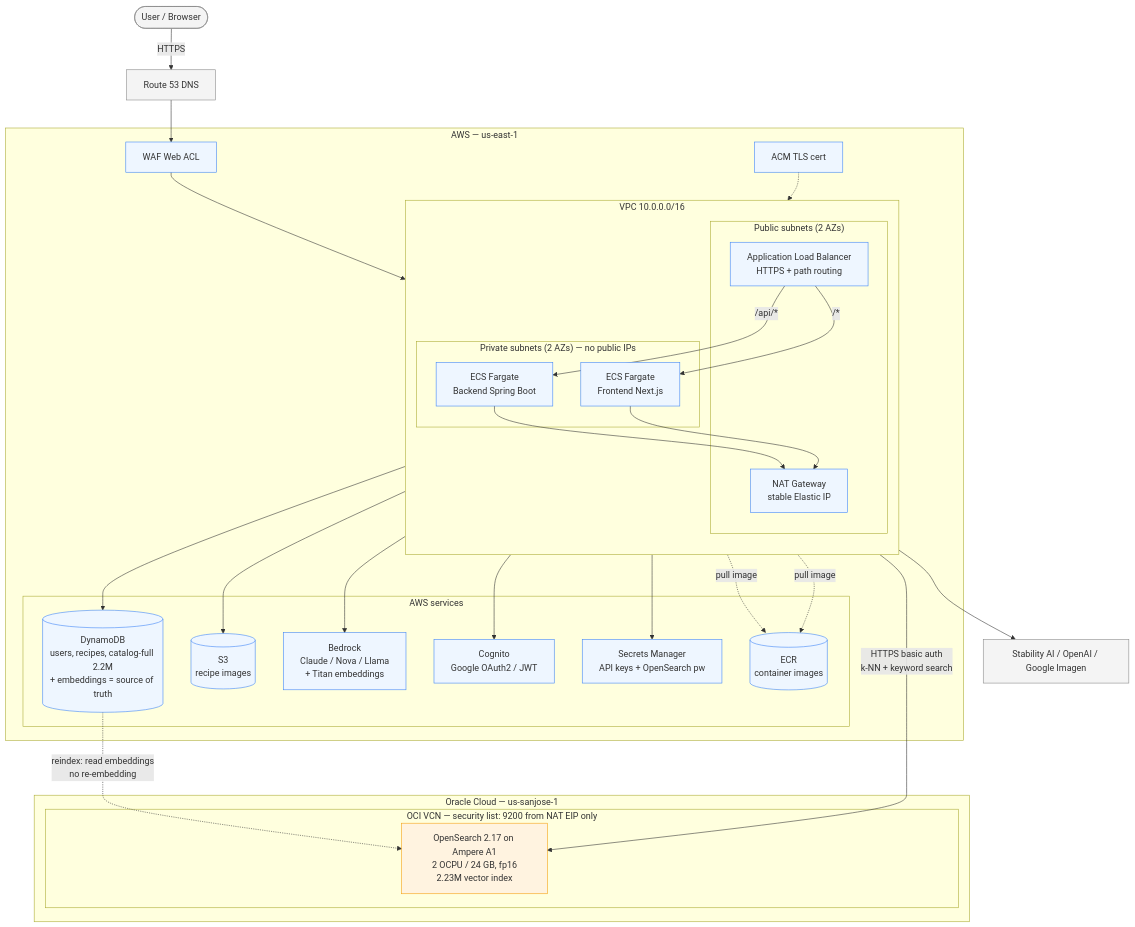
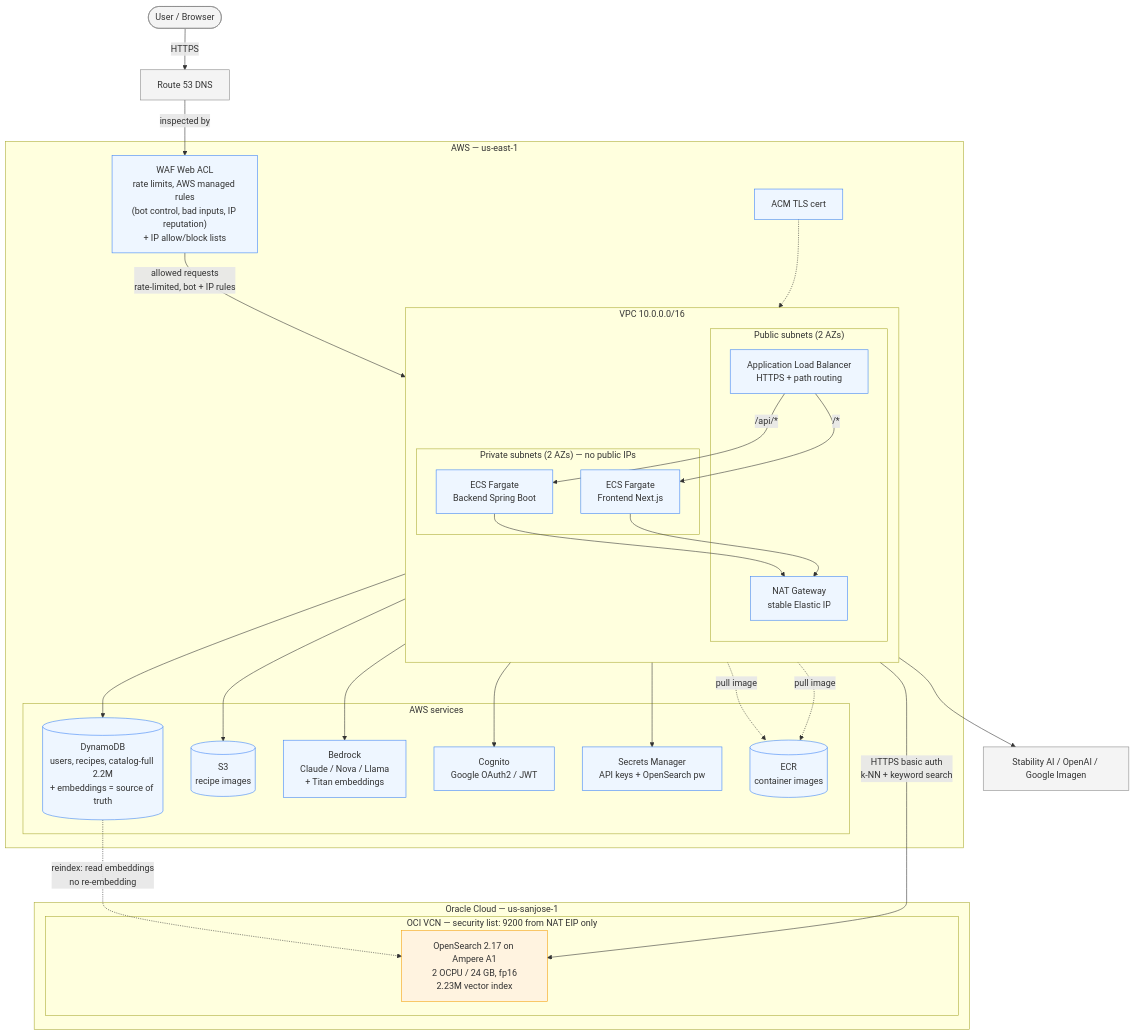
Before and after one commit to guidoasbun/recipe-ai-finder-v2-J: the diagram in README.md, drawn with Mermaid. The commit also changed 2 other files, not shown here.

Commit message:
docs: remove outdated architecture PNG; make WAF explicit in the diagram
- delete images/Deployment-Archetecture.png (superseded by the Mermaid diagram)
- WAF Web ACL node now spells out its role (rate limits, AWS managed rules for
  bot control / bad inputs / IP reputation, IP allow/block lists) and the ingress
  edges show it inspecting every request before the ALB
- architecture.md legend expands the WAF explanation
- diagram re-validated with mermaid-cli

````diff
--- a/README.md
+++ b/README.md
@@ -302,65 +302,67 @@
 ```mermaid
 flowchart TB
     user([User / Browser])
     dns[Route 53 DNS]
 
     subgraph aws["AWS — us-east-1"]
         acm[ACM TLS cert]
-        waf[WAF Web ACL]
+        waf["WAF Web ACL<br/>rate limits, AWS managed rules<br/>(bot control, bad inputs, IP reputation)<br/>+ IP allow/block lists"]
 
         subgraph vpc["VPC 10.0.0.0/16"]
             direction TB
             subgraph public["Public subnets (2 AZs)"]
                 alb[Application Load Balancer<br/>HTTPS + path routing]
                 nat[NAT Gateway<br/>stable Elastic IP]
             end
             subgraph private["Private subnets (2 AZs) — no public IPs"]
                 fe[ECS Fargate<br/>Frontend Next.js]
                 be[ECS Fargate<br/>Backend Spring Boot]
             end
         end
 
         subgraph awssvc["AWS services"]
             ddb[(DynamoDB<br/>users, recipes, catalog-full 2.2M<br/>+ embeddings = source of truth)]
             s3[(S3<br/>recipe images)]
             bedrock[Bedrock<br/>Claude / Nova / Llama<br/>+ Titan embeddings]
             cognito[Cognito<br/>Google OAuth2 / JWT]
             secrets[Secrets Manager<br/>API keys + OpenSearch pw]
             ecr[(ECR<br/>container images)]
         end
     end
 
     subgraph oci["Oracle Cloud — us-sanjose-1"]
         subgraph ocivcn["OCI VCN — security list: 9200 from NAT EIP only"]
             os[OpenSearch 2.17 on Ampere A1<br/>2 OCPU / 24 GB, fp16<br/>2.23M vector index]
         end
     end
 
     imggen[Stability AI / OpenAI / Google Imagen]
 
-    user -->|HTTPS| dns --> waf --> alb
+    user -->|HTTPS| dns
+    dns -->|inspected by| waf
+    waf -->|allowed requests<br/>rate-limited, bot + IP rules| alb
     acm -.-> alb
     alb -->|/*| fe
     alb -->|/api/*| be
 
     be --> nat
     fe --> nat
     nat --> bedrock
     nat --> ddb
     nat --> s3
     nat --> cognito
     nat --> secrets
     nat -->|HTTPS basic auth<br/>k-NN + keyword search| os
     nat --> imggen
     fe -. pull image .-> ecr
     be -. pull image .-> ecr
 
     ddb -. reindex: read embeddings<br/>no re-embedding .-> os
 
     classDef edge fill:#f4f4f4,stroke:#888;
     classDef awsbox fill:#eef6ff,stroke:#3b82f6;
     classDef ocibox fill:#fff3e0,stroke:#f59e0b;
     class user,dns,imggen edge;
     class alb,nat,fe,be,ddb,s3,bedrock,cognito,secrets,ecr,acm,waf awsbox;
     class os ocibox;
 ```
````
